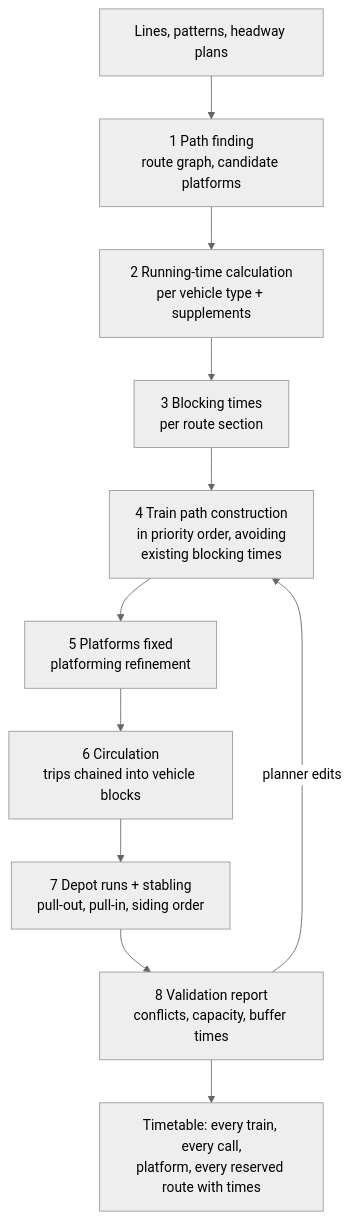
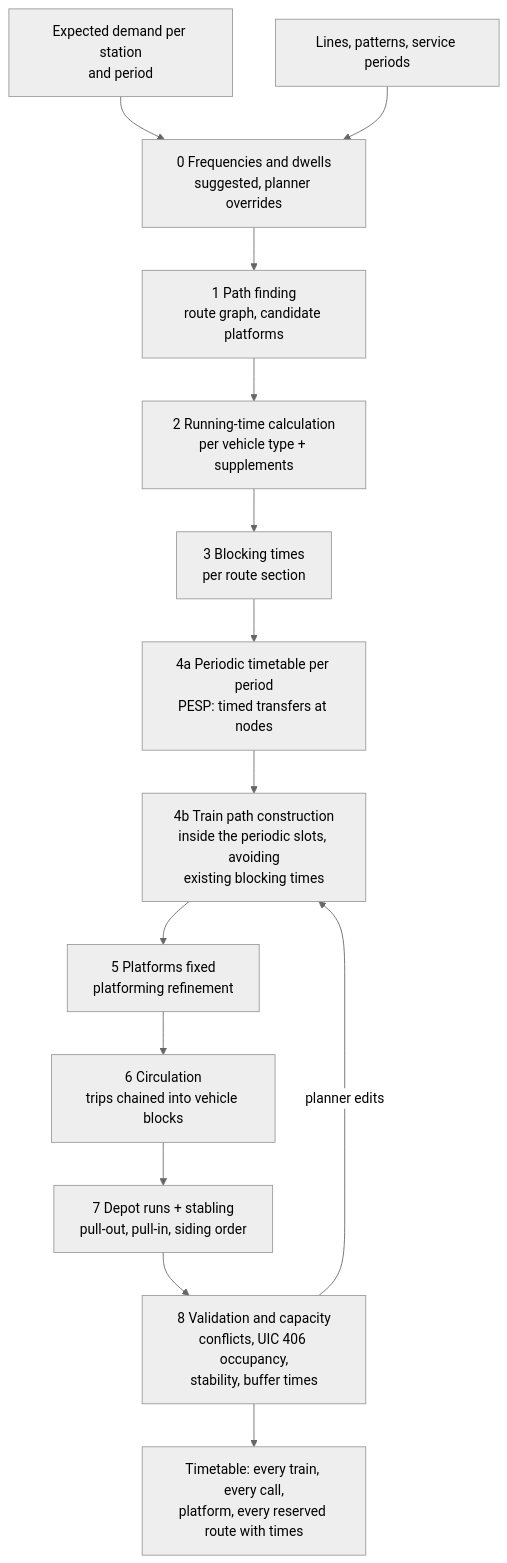
The diagram in docs/adr/0032-railway-operations-management.md (homlo-bike/MobSimLab), drawn with Mermaid (neutral theme) before and after one commit. The commit also changed other lines of this file, not shown here.

````diff
--- a/docs/adr/0032-railway-operations-management.md
+++ b/docs/adr/0032-railway-operations-management.md
@@ -62,13 +77,16 @@
 ```mermaid
 flowchart TD
-  L[Lines, patterns, headway plans] --> P[1 Path finding<br/>route graph, candidate platforms]
+  DM[Expected demand per station<br/>and period] --> Q[0 Frequencies and dwells<br/>suggested, planner overrides]
+  L[Lines, patterns, service periods] --> Q
+  Q --> P[1 Path finding<br/>route graph, candidate platforms]
   P --> R[2 Running-time calculation<br/>per vehicle type + supplements]
   R --> B[3 Blocking times<br/>per route section]
-  B --> C[4 Train path construction<br/>in priority order, avoiding<br/>existing blocking times]
+  B --> N[4a Periodic timetable per period<br/>PESP: timed transfers at nodes]
+  N --> C[4b Train path construction<br/>inside the periodic slots, avoiding<br/>existing blocking times]
   C --> F[5 Platforms fixed<br/>platforming refinement]
   F --> V[6 Circulation<br/>trips chained into vehicle blocks]
   V --> D[7 Depot runs + stabling<br/>pull-out, pull-in, siding order]
-  D --> X[8 Validation report<br/>conflicts, capacity, buffer times]
+  D --> X[8 Validation and capacity<br/>conflicts, UIC 406 occupancy,<br/>stability, buffer times]
   X -->|planner edits| C
   X --> T[Timetable: every train, every call,<br/>platform, every reserved route with times]
 ```
````
